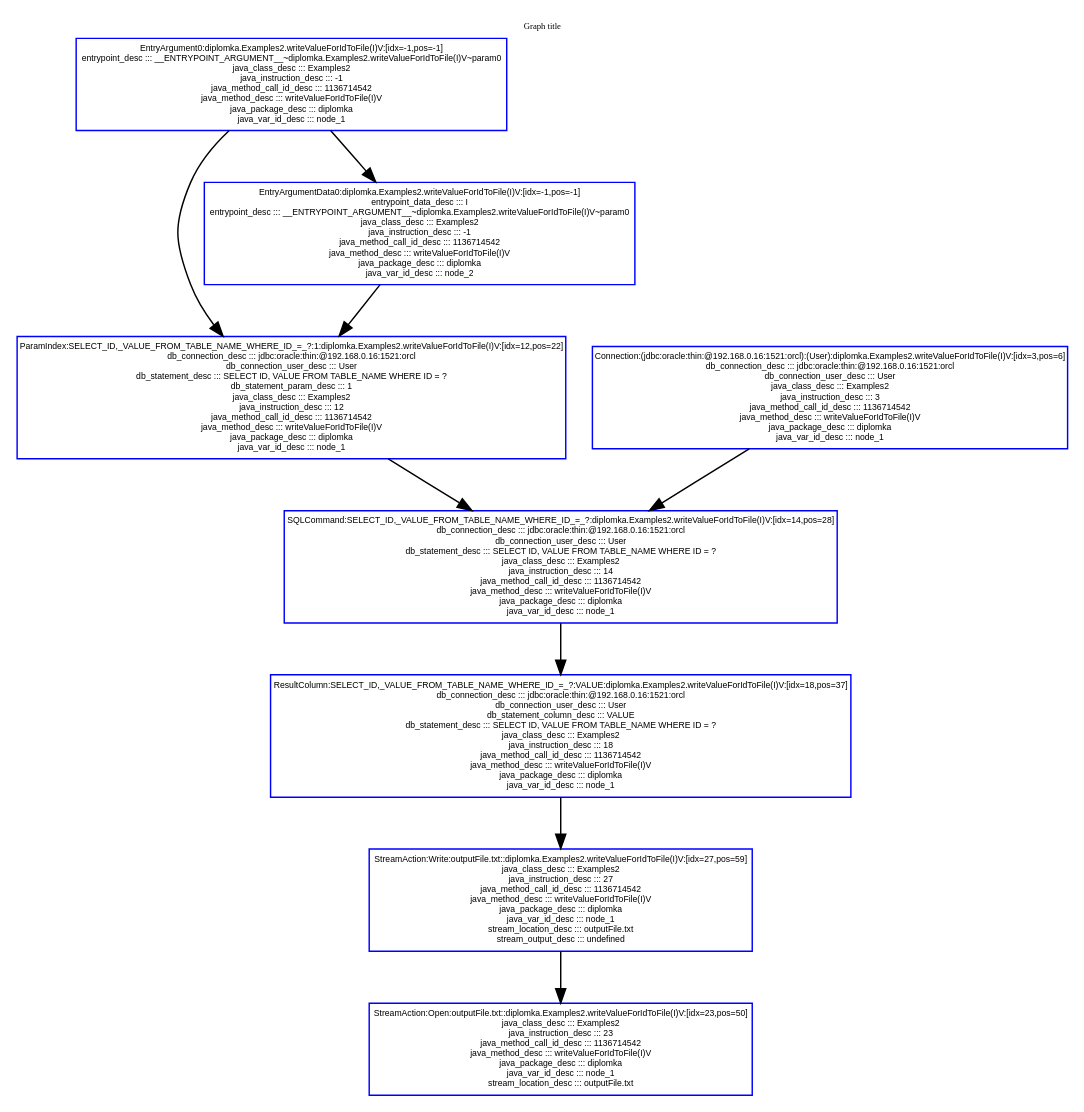
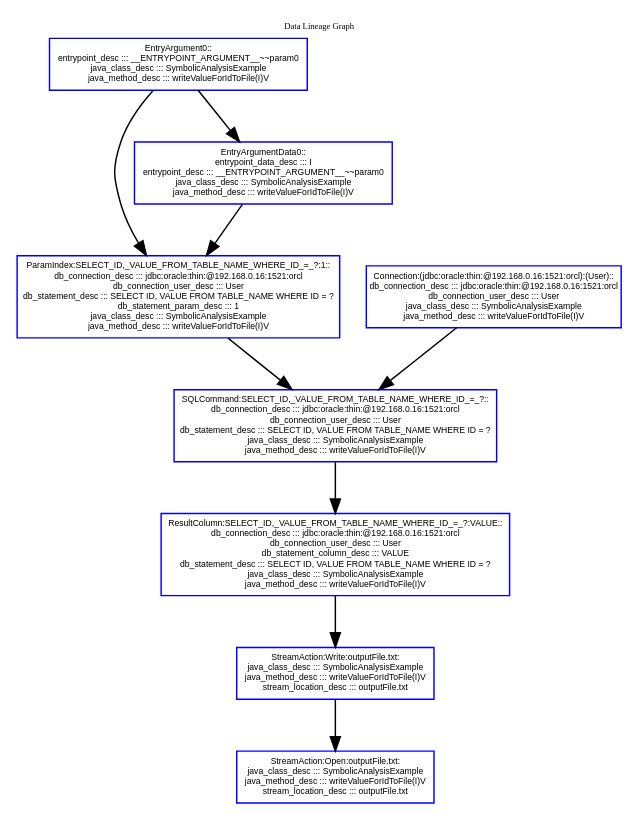
The diagram in src/img/Examples2-writeValueForIdToFile.dot (rikiel/JavaResolver), drawn with Graphviz before and after one commit. The commit also changed 1 other file, not shown here.

```diff
--- a/src/img/Examples2-writeValueForIdToFile.dot
+++ b/src/img/Examples2-writeValueForIdToFile.dot
@@ -1,225 +1,125 @@
 digraph "DirectedGraph" {
-graph [concentrate = true,label = "Graph title", labelloc=t];center=true;fontsize=6;node [ color=blue,shape="box"fontsize=6,fontcolor=black,fontname=Arial];edge [ color=black,fontsize=6,fontcolor=black,fontname=Arial]; 
-   "StreamAction:Open:outputFile.txt::diplomka.Examples2.writeValueForIdToFile(I)V:[idx=23,pos=50]
-java_class_desc ::: Examples2
-java_instruction_desc ::: 23
-java_method_call_id_desc ::: 1136714542
+graph [concentrate = true,label = "Data Lineage Graph", labelloc=t];center=true;fontsize=6;node [ color=blue,shape="box"fontsize=6,fontcolor=black,fontname=Arial];edge [ color=black,fontsize=6,fontcolor=black,fontname=Arial]; 
+   "StreamAction:Open:outputFile.txt:
+java_class_desc ::: SymbolicAnalysisExample
 java_method_desc ::: writeValueForIdToFile(I)V
-java_package_desc ::: diplomka
-java_var_id_desc ::: node_1
 stream_location_desc ::: outputFile.txt" [ ]
-   "ResultColumn:SELECT_ID,_VALUE_FROM_TABLE_NAME_WHERE_ID_=_?:VALUE:diplomka.Examples2.writeValueForIdToFile(I)V:[idx=18,pos=37]
+   "ResultColumn:SELECT_ID,_VALUE_FROM_TABLE_NAME_WHERE_ID_=_?:VALUE::
 db_connection_desc ::: jdbc:oracle:thin:@192.168.0.16:1521:orcl
 db_connection_user_desc ::: User
 db_statement_column_desc ::: VALUE
 db_statement_desc ::: SELECT ID, VALUE FROM TABLE_NAME WHERE ID = ?
-java_class_desc ::: Examples2
-java_instruction_desc ::: 18
-java_method_call_id_desc ::: 1136714542
-java_method_desc ::: writeValueForIdToFile(I)V
-java_package_desc ::: diplomka
-java_var_id_desc ::: node_1" [ ]
-   "SQLCommand:SELECT_ID,_VALUE_FROM_TABLE_NAME_WHERE_ID_=_?:diplomka.Examples2.writeValueForIdToFile(I)V:[idx=14,pos=28]
+java_class_desc ::: SymbolicAnalysisExample
+java_method_desc ::: writeValueForIdToFile(I)V" [ ]
+   "SQLCommand:SELECT_ID,_VALUE_FROM_TABLE_NAME_WHERE_ID_=_?::
 db_connection_desc ::: jdbc:oracle:thin:@192.168.0.16:1521:orcl
 db_connection_user_desc ::: User
 db_statement_desc ::: SELECT ID, VALUE FROM TABLE_NAME WHERE ID = ?
-java_class_desc ::: Examples2
-java_instruction_desc ::: 14
-java_method_call_id_desc ::: 1136714542
-java_method_desc ::: writeValueForIdToFile(I)V
-java_package_desc ::: diplomka
-java_var_id_desc ::: node_1" [ ]
-   "ParamIndex:SELECT_ID,_VALUE_FROM_TABLE_NAME_WHERE_ID_=_?:1:diplomka.Examples2.writeValueForIdToFile(I)V:[idx=12,pos=22]
+java_class_desc ::: SymbolicAnalysisExample
+java_method_desc ::: writeValueForIdToFile(I)V" [ ]
+   "ParamIndex:SELECT_ID,_VALUE_FROM_TABLE_NAME_WHERE_ID_=_?:1::
 db_connection_desc ::: jdbc:oracle:thin:@192.168.0.16:1521:orcl
 db_connection_user_desc ::: User
 db_statement_desc ::: SELECT ID, VALUE FROM TABLE_NAME WHERE ID = ?
 db_statement_param_desc ::: 1
-java_class_desc ::: Examples2
-java_instruction_desc ::: 12
-java_method_call_id_desc ::: 1136714542
+java_class_desc ::: SymbolicAnalysisExample
+java_method_desc ::: writeValueForIdToFile(I)V" [ ]
+   "EntryArgumentData0::
+entrypoint_data_desc ::: I
+entrypoint_desc ::: __ENTRYPOINT_ARGUMENT__~~param0
+java_class_desc ::: SymbolicAnalysisExample
+java_method_desc ::: writeValueForIdToFile(I)V" [ ]
+   "StreamAction:Write:outputFile.txt:
+java_class_desc ::: SymbolicAnalysisExample
 java_method_desc ::: writeValueForIdToFile(I)V
-java_package_desc ::: diplomka
-java_var_id_desc ::: node_1" [ ]
-   "EntryArgumentData0:diplomka.Examples2.writeValueForIdToFile(I)V:[idx=-1,pos=-1]
-entrypoint_data_desc ::: I
-entrypoint_desc ::: __ENTRYPOINT_ARGUMENT__~diplomka.Examples2.writeValueForIdToFile(I)V~param0
-java_class_desc ::: Examples2
-java_instruction_desc ::: -1
-java_method_call_id_desc ::: 1136714542
-java_method_desc ::: writeValueForIdToFile(I)V
-java_package_desc ::: diplomka
-java_var_id_desc ::: node_2" [ ]
-   "StreamAction:Write:outputFile.txt::diplomka.Examples2.writeValueForIdToFile(I)V:[idx=27,pos=59]
-java_class_desc ::: Examples2
-java_instruction_desc ::: 27
-java_method_call_id_desc ::: 1136714542
-java_method_desc ::: writeValueForIdToFile(I)V
-java_package_desc ::: diplomka
-java_var_id_desc ::: node_1
-stream_location_desc ::: outputFile.txt
-stream_output_desc ::: undefined" [ ]
-   "EntryArgument0:diplomka.Examples2.writeValueForIdToFile(I)V:[idx=-1,pos=-1]
-entrypoint_desc ::: __ENTRYPOINT_ARGUMENT__~diplomka.Examples2.writeValueForIdToFile(I)V~param0
-java_class_desc ::: Examples2
-java_instruction_desc ::: -1
-java_method_call_id_desc ::: 1136714542
-java_method_desc ::: writeValueForIdToFile(I)V
-java_package_desc ::: diplomka
-java_var_id_desc ::: node_1" [ ]
-   "Connection:(jdbc:oracle:thin:@192.168.0.16:1521:orcl):(User):diplomka.Examples2.writeValueForIdToFile(I)V:[idx=3,pos=6]
+stream_location_desc ::: outputFile.txt" [ ]
+   "EntryArgument0::
+entrypoint_desc ::: __ENTRYPOINT_ARGUMENT__~~param0
+java_class_desc ::: SymbolicAnalysisExample
+java_method_desc ::: writeValueForIdToFile(I)V" [ ]
+   "Connection:(jdbc:oracle:thin:@192.168.0.16:1521:orcl):(User)::
 db_connection_desc ::: jdbc:oracle:thin:@192.168.0.16:1521:orcl
 db_connection_user_desc ::: User
-java_class_desc ::: Examples2
-java_instruction_desc ::: 3
-java_method_call_id_desc ::: 1136714542
-java_method_desc ::: writeValueForIdToFile(I)V
-java_package_desc ::: diplomka
-java_var_id_desc ::: node_1" [ ]
- "ResultColumn:SELECT_ID,_VALUE_FROM_TABLE_NAME_WHERE_ID_=_?:VALUE:diplomka.Examples2.writeValueForIdToFile(I)V:[idx=18,pos=37]
+java_class_desc ::: SymbolicAnalysisExample
+java_method_desc ::: writeValueForIdToFile(I)V" [ ]
+ "ResultColumn:SELECT_ID,_VALUE_FROM_TABLE_NAME_WHERE_ID_=_?:VALUE::
 db_connection_desc ::: jdbc:oracle:thin:@192.168.0.16:1521:orcl
 db_connection_user_desc ::: User
 db_statement_column_desc ::: VALUE
 db_statement_desc ::: SELECT ID, VALUE FROM TABLE_NAME WHERE ID = ?
-java_class_desc ::: Examples2
-java_instruction_desc ::: 18
-java_method_call_id_desc ::: 1136714542
+java_class_desc ::: SymbolicAnalysisExample
+java_method_desc ::: writeValueForIdToFile(I)V" -> "StreamAction:Write:outputFile.txt:
+java_class_desc ::: SymbolicAnalysisExample
 java_method_desc ::: writeValueForIdToFile(I)V
-java_package_desc ::: diplomka
-java_var_id_desc ::: node_1" -> "StreamAction:Write:outputFile.txt::diplomka.Examples2.writeValueForIdToFile(I)V:[idx=27,pos=59]
-java_class_desc ::: Examples2
-java_instruction_desc ::: 27
-java_method_call_id_desc ::: 1136714542
-java_method_desc ::: writeValueForIdToFile(I)V
-java_package_desc ::: diplomka
-java_var_id_desc ::: node_1
-stream_location_desc ::: outputFile.txt
-stream_output_desc ::: undefined"[style=solid] 
- "SQLCommand:SELECT_ID,_VALUE_FROM_TABLE_NAME_WHERE_ID_=_?:diplomka.Examples2.writeValueForIdToFile(I)V:[idx=14,pos=28]
+stream_location_desc ::: outputFile.txt"[style=solid] 
+ "SQLCommand:SELECT_ID,_VALUE_FROM_TABLE_NAME_WHERE_ID_=_?::
 db_connection_desc ::: jdbc:oracle:thin:@192.168.0.16:1521:orcl
 db_connection_user_desc ::: User
 db_statement_desc ::: SELECT ID, VALUE FROM TABLE_NAME WHERE ID = ?
-java_class_desc ::: Examples2
-java_instruction_desc ::: 14
-java_method_call_id_desc ::: 1136714542
-java_method_desc ::: writeValueForIdToFile(I)V
-java_package_desc ::: diplomka
-java_var_id_desc ::: node_1" -> "ResultColumn:SELECT_ID,_VALUE_FROM_TABLE_NAME_WHERE_ID_=_?:VALUE:diplomka.Examples2.writeValueForIdToFile(I)V:[idx=18,pos=37]
+java_class_desc ::: SymbolicAnalysisExample
+java_method_desc ::: writeValueForIdToFile(I)V" -> "ResultColumn:SELECT_ID,_VALUE_FROM_TABLE_NAME_WHERE_ID_=_?:VALUE::
 db_connection_desc ::: jdbc:oracle:thin:@192.168.0.16:1521:orcl
 db_connection_user_desc ::: User
 db_statement_column_desc ::: VALUE
 db_statement_desc ::: SELECT ID, VALUE FROM TABLE_NAME WHERE ID = ?
-java_class_desc ::: Examples2
-java_instruction_desc ::: 18
-java_method_call_id_desc ::: 1136714542
-java_method_desc ::: writeValueForIdToFile(I)V
-java_package_desc ::: diplomka
-java_var_id_desc ::: node_1"[style=solid] 
- "ParamIndex:SELECT_ID,_VALUE_FROM_TABLE_NAME_WHERE_ID_=_?:1:diplomka.Examples2.writeValueForIdToFile(I)V:[idx=12,pos=22]
+java_class_desc ::: SymbolicAnalysisExample
+java_method_desc ::: writeValueForIdToFile(I)V"[style=solid] 
+ "ParamIndex:SELECT_ID,_VALUE_FROM_TABLE_NAME_WHERE_ID_=_?:1::
 db_connection_desc ::: jdbc:oracle:thin:@192.168.0.16:1521:orcl
 db_connection_user_desc ::: User
 db_statement_desc ::: SELECT ID, VALUE FROM TABLE_NAME WHERE ID = ?
 db_statement_param_desc ::: 1
-java_class_desc ::: Examples2
-java_instruction_desc ::: 12
-java_method_call_id_desc ::: 1136714542
-java_method_desc ::: writeValueForIdToFile(I)V
-java_package_desc ::: diplomka
-java_var_id_desc ::: node_1" -> "SQLCommand:SELECT_ID,_VALUE_FROM_TABLE_NAME_WHERE_ID_=_?:diplomka.Examples2.writeValueForIdToFile(I)V:[idx=14,pos=28]
+java_class_desc ::: SymbolicAnalysisExample
+java_method_desc ::: writeValueForIdToFile(I)V" -> "SQLCommand:SELECT_ID,_VALUE_FROM_TABLE_NAME_WHERE_ID_=_?::
 db_connection_desc ::: jdbc:oracle:thin:@192.168.0.16:1521:orcl
 db_connection_user_desc ::: User
 db_statement_desc ::: SELECT ID, VALUE FROM TABLE_NAME WHERE ID = ?
-java_class_desc ::: Examples2
-java_instruction_desc ::: 14
-java_method_call_id_desc ::: 1136714542
-java_method_desc ::: writeValueForIdToFile(I)V
-java_package_desc ::: diplomka
-java_var_id_desc ::: node_1"[style=solid] 
- "EntryArgumentData0:diplomka.Examples2.writeValueForIdToFile(I)V:[idx=-1,pos=-1]
+java_class_desc ::: SymbolicAnalysisExample
+java_method_desc ::: writeValueForIdToFile(I)V"[style=solid] 
+ "EntryArgumentData0::
 entrypoint_data_desc ::: I
-entrypoint_desc ::: __ENTRYPOINT_ARGUMENT__~diplomka.Examples2.writeValueForIdToFile(I)V~param0
-java_class_desc ::: Examples2
-java_instruction_desc ::: -1
-java_method_call_id_desc ::: 1136714542
-java_method_desc ::: writeValueForIdToFile(I)V
-java_package_desc ::: diplomka
-java_var_id_desc ::: node_2" -> "ParamIndex:SELECT_ID,_VALUE_FROM_TABLE_NAME_WHERE_ID_=_?:1:diplomka.Examples2.writeValueForIdToFile(I)V:[idx=12,pos=22]
+entrypoint_desc ::: __ENTRYPOINT_ARGUMENT__~~param0
+java_class_desc ::: SymbolicAnalysisExample
+java_method_desc ::: writeValueForIdToFile(I)V" -> "ParamIndex:SELECT_ID,_VALUE_FROM_TABLE_NAME_WHERE_ID_=_?:1::
 db_connection_desc ::: jdbc:oracle:thin:@192.168.0.16:1521:orcl
 db_connection_user_desc ::: User
 db_statement_desc ::: SELECT ID, VALUE FROM TABLE_NAME WHERE ID = ?
 db_statement_param_desc ::: 1
-java_class_desc ::: Examples2
-java_instruction_desc ::: 12
-java_method_call_id_desc ::: 1136714542
+java_class_desc ::: SymbolicAnalysisExample
+java_method_desc ::: writeValueForIdToFile(I)V"[style=solid] 
+ "StreamAction:Write:outputFile.txt:
+java_class_desc ::: SymbolicAnalysisExample
 java_method_desc ::: writeValueForIdToFile(I)V
-java_package_desc ::: diplomka
-java_var_id_desc ::: node_1"[style=solid] 
- "StreamAction:Write:outputFile.txt::diplomka.Examples2.writeValueForIdToFile(I)V:[idx=27,pos=59]
-java_class_desc ::: Examples2
-java_instruction_desc ::: 27
-java_method_call_id_desc ::: 1136714542
+stream_location_desc ::: outputFile.txt" -> "StreamAction:Open:outputFile.txt:
+java_class_desc ::: SymbolicAnalysisExample
 java_method_desc ::: writeValueForIdToFile(I)V
-java_package_desc ::: diplomka
-java_var_id_desc ::: node_1
-stream_location_desc ::: outputFile.txt
-stream_output_desc ::: undefined" -> "StreamAction:Open:outputFile.txt::diplomka.Examples2.writeValueForIdToFile(I)V:[idx=23,pos=50]
-java_class_desc ::: Examples2
-java_instruction_desc ::: 23
-java_method_call_id_desc ::: 1136714542
-java_method_desc ::: writeValueForIdToFile(I)V
-java_package_desc ::: diplomka
-java_var_id_desc ::: node_1
 stream_location_desc ::: outputFile.txt"[style=solid] 
- "EntryArgument0:diplomka.Examples2.writeValueForIdToFile(I)V:[idx=-1,pos=-1]
-entrypoint_desc ::: __ENTRYPOINT_ARGUMENT__~diplomka.Examples2.writeValueForIdToFile(I)V~param0
-java_class_desc ::: Examples2
-java_instruction_desc ::: -1
-java_method_call_id_desc ::: 1136714542
-java_method_desc ::: writeValueForIdToFile(I)V
-java_package_desc ::: diplomka
-java_var_id_desc ::: node_1" -> "ParamIndex:SELECT_ID,_VALUE_FROM_TABLE_NAME_WHERE_ID_=_?:1:diplomka.Examples2.writeValueForIdToFile(I)V:[idx=12,pos=22]
+ "EntryArgument0::
+entrypoint_desc ::: __ENTRYPOINT_ARGUMENT__~~param0
+java_class_desc ::: SymbolicAnalysisExample
+java_method_desc ::: writeValueForIdToFile(I)V" -> "ParamIndex:SELECT_ID,_VALUE_FROM_TABLE_NAME_WHERE_ID_=_?:1::
 db_connection_desc ::: jdbc:oracle:thin:@192.168.0.16:1521:orcl
 db_connection_user_desc ::: User
 db_statement_desc ::: SELECT ID, VALUE FROM TABLE_NAME WHERE ID = ?
 db_statement_param_desc ::: 1
-java_class_desc ::: Examples2
-java_instruction_desc ::: 12
-java_method_call_id_desc ::: 1136714542
-java_method_desc ::: writeValueForIdToFile(I)V
-java_package_desc ::: diplomka
-java_var_id_desc ::: node_1"[style=solid] 
- "EntryArgument0:diplomka.Examples2.writeValueForIdToFile(I)V:[idx=-1,pos=-1]
-entrypoint_desc ::: __ENTRYPOINT_ARGUMENT__~diplomka.Examples2.writeValueForIdToFile(I)V~param0
-java_class_desc ::: Examples2
-java_instruction_desc ::: -1
-java_method_call_id_desc ::: 1136714542
-java_method_desc ::: writeValueForIdToFile(I)V
-java_package_desc ::: diplomka
-java_var_id_desc ::: node_1" -> "EntryArgumentData0:diplomka.Examples2.writeValueForIdToFile(I)V:[idx=-1,pos=-1]
+java_class_desc ::: SymbolicAnalysisExample
+java_method_desc ::: writeValueForIdToFile(I)V"[style=solid] 
+ "EntryArgument0::
+entrypoint_desc ::: __ENTRYPOINT_ARGUMENT__~~param0
+java_class_desc ::: SymbolicAnalysisExample
+java_method_desc ::: writeValueForIdToFile(I)V" -> "EntryArgumentData0::
 entrypoint_data_desc ::: I
-entrypoint_desc ::: __ENTRYPOINT_ARGUMENT__~diplomka.Examples2.writeValueForIdToFile(I)V~param0
-java_class_desc ::: Examples2
-java_instruction_desc ::: -1
-java_method_call_id_desc ::: 1136714542
-java_method_desc ::: writeValueForIdToFile(I)V
-java_package_desc ::: diplomka
-java_var_id_desc ::: node_2"[style=solid] 
- "Connection:(jdbc:oracle:thin:@192.168.0.16:1521:orcl):(User):diplomka.Examples2.writeValueForIdToFile(I)V:[idx=3,pos=6]
+entrypoint_desc ::: __ENTRYPOINT_ARGUMENT__~~param0
+java_class_desc ::: SymbolicAnalysisExample
+java_method_desc ::: writeValueForIdToFile(I)V"[style=solid] 
+ "Connection:(jdbc:oracle:thin:@192.168.0.16:1521:orcl):(User)::
 db_connection_desc ::: jdbc:oracle:thin:@192.168.0.16:1521:orcl
 db_connection_user_desc ::: User
-java_class_desc ::: Examples2
-java_instruction_desc ::: 3
-java_method_call_id_desc ::: 1136714542
-java_method_desc ::: writeValueForIdToFile(I)V
-java_package_desc ::: diplomka
-java_var_id_desc ::: node_1" -> "SQLCommand:SELECT_ID,_VALUE_FROM_TABLE_NAME_WHERE_ID_=_?:diplomka.Examples2.writeValueForIdToFile(I)V:[idx=14,pos=28]
+java_class_desc ::: SymbolicAnalysisExample
+java_method_desc ::: writeValueForIdToFile(I)V" -> "SQLCommand:SELECT_ID,_VALUE_FROM_TABLE_NAME_WHERE_ID_=_?::
 db_connection_desc ::: jdbc:oracle:thin:@192.168.0.16:1521:orcl
 db_connection_user_desc ::: User
 db_statement_desc ::: SELECT ID, VALUE FROM TABLE_NAME WHERE ID = ?
-java_class_desc ::: Examples2
-java_instruction_desc ::: 14
-java_method_call_id_desc ::: 1136714542
-java_method_desc ::: writeValueForIdToFile(I)V
-java_package_desc ::: diplomka
-java_var_id_desc ::: node_1"[style=solid] 
-
+java_class_desc ::: SymbolicAnalysisExample
+java_method_desc ::: writeValueForIdToFile(I)V"[style=solid] 
 }
```
